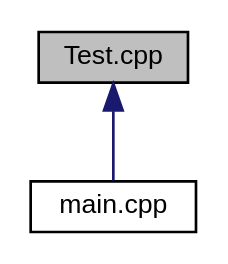
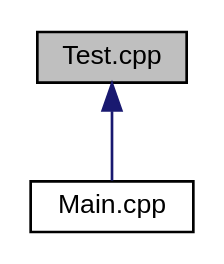
One commit to dainbow/quadro changed the diagram in docs/_test_8cpp__dep__incl.dot. Above: the diagram before and after it, drawn with Graphviz. The commit also changed 58 other files, not shown here.

```diff
--- a/docs/_test_8cpp__dep__incl.dot
+++ b/docs/_test_8cpp__dep__incl.dot
@@ -1,9 +1,9 @@
 digraph "Test.cpp"
 {
  // LATEX_PDF_SIZE
   edge [fontname="Helvetica",fontsize="10",labelfontname="Helvetica",labelfontsize="10"];
   node [fontname="Helvetica",fontsize="10",shape=record];
   Node1 [label="Test.cpp",height=0.2,width=0.4,color="black", fillcolor="grey75", style="filled", fontcolor="black",tooltip=" "];
   Node1 -> Node2 [dir="back",color="midnightblue",fontsize="10",style="solid",fontname="Helvetica"];
-  Node2 [label="main.cpp",height=0.2,width=0.4,color="black", fillcolor="white", style="filled",URL="$main_8cpp.html",tooltip=" "];
+  Node2 [label="Main.cpp",height=0.2,width=0.4,color="black", fillcolor="white", style="filled",URL="$_main_8cpp.html",tooltip=" "];
 }
```
